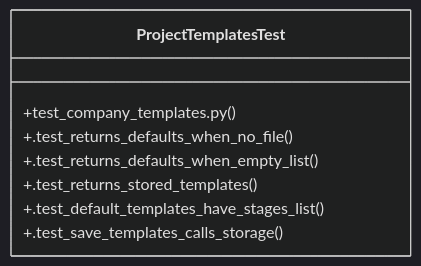
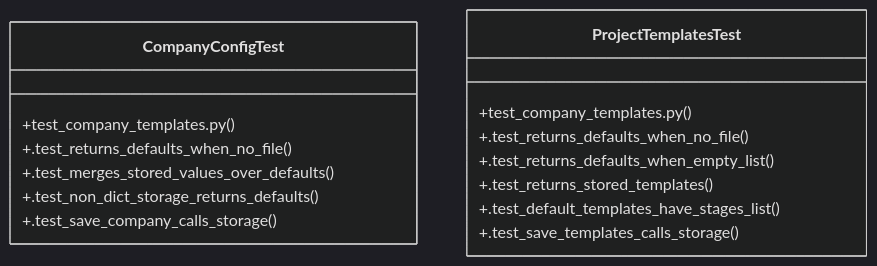
The diagram in graphify-out/wiki/Community_0.md (Daftrick/ProjectTracker), drawn with Mermaid (dark theme) before and after one commit. The commit also changed other lines of this file and 373 other files, not shown here.

````diff
--- a/graphify-out/wiki/Community_0.md
+++ b/graphify-out/wiki/Community_0.md
@@ -36,11 +36,18 @@
 ```mermaid
 classDiagram
+    class CompanyConfigTest {
+        +test_company_templates.py()
+        +.test_returns_defaults_when_no_file()
+        +.test_merges_stored_values_over_defaults()
+        +.test_non_dict_storage_returns_defaults()
+        +.test_save_company_calls_storage()
+    }
     class ProjectTemplatesTest {
         +test_company_templates.py()
         +.test_returns_defaults_when_no_file()
         +.test_returns_defaults_when_empty_list()
         +.test_returns_stored_templates()
         +.test_default_templates_have_stages_list()
         +.test_save_templates_calls_storage()
     }
 ```
````
